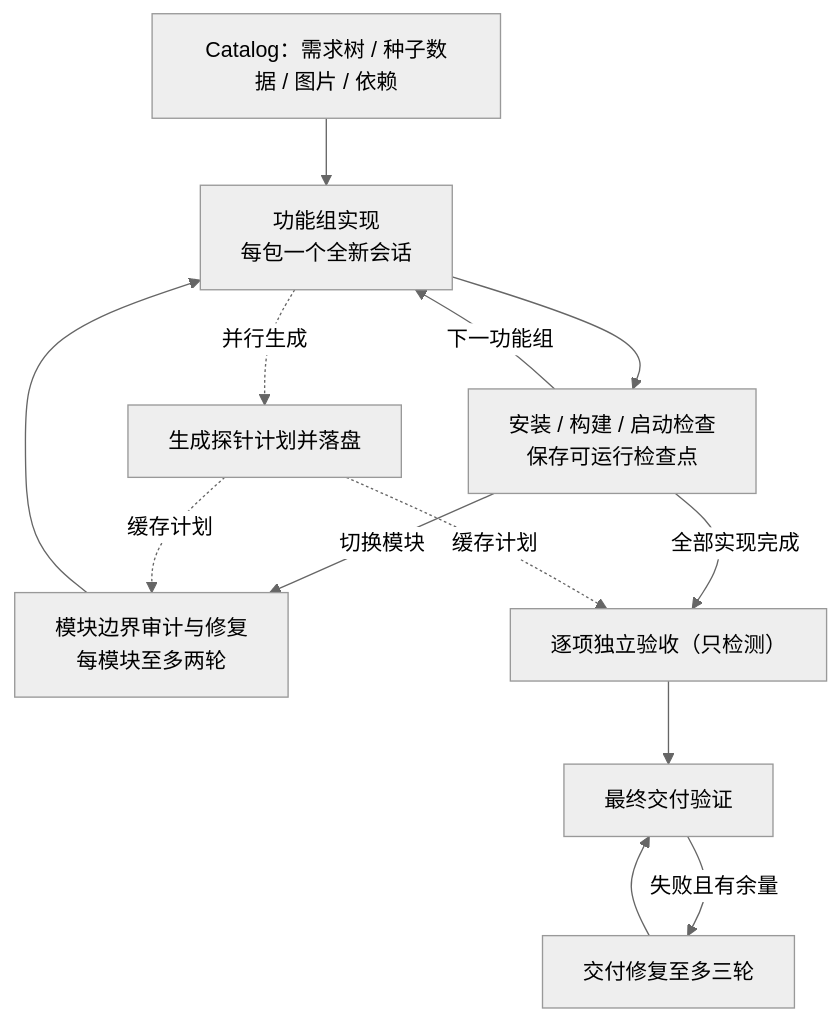
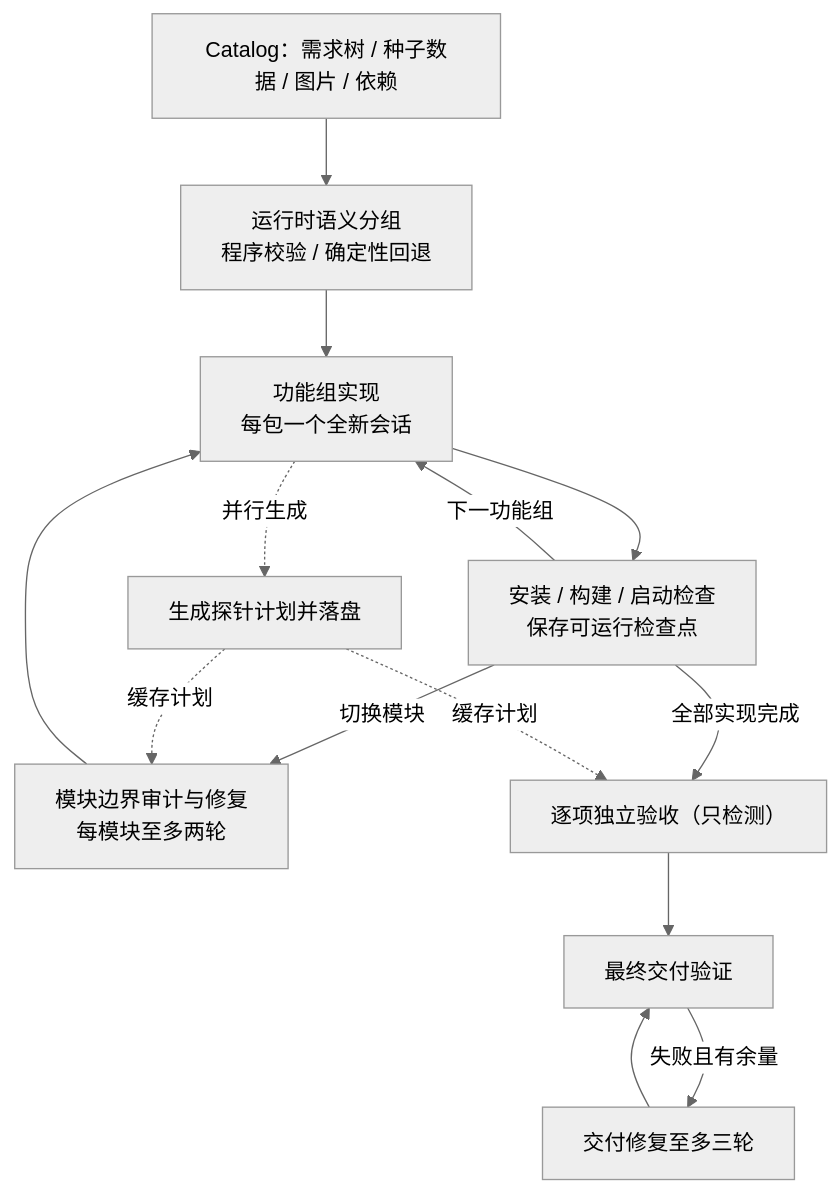
Before and after one commit to TheaDust/Shallow: the diagram in README.md, drawn with Mermaid (neutral theme). The commit also changed other lines of this file and 17 other files, not shown here.

````diff
--- a/README.md
+++ b/README.md
@@ -81,15 +81,16 @@
 ```mermaid
 flowchart TD
-    C[Catalog：需求树 / 种子数据 / 图片 / 依赖] --> M[功能组实现<br/>每包一个全新会话]
+    C[Catalog：需求树 / 种子数据 / 图片 / 依赖] --> G[运行时语义分组<br/>程序校验 / 确定性回退]
+    G --> M[功能组实现<br/>每包一个全新会话]
     M -.并行生成.-> P[生成探针计划并落盘]
     M --> K[安装 / 构建 / 启动检查<br/>保存可运行检查点]
     K -->|下一功能组| M
     K -->|切换模块| BA[模块边界审计与修复<br/>每模块至多两轮]
     BA --> M
     K -->|全部实现完成| J[逐项独立验收（只检测）]
     P -.缓存计划.-> BA
     P -.缓存计划.-> J
     J --> F[最终交付验证]
     F -->|失败且有余量| DR[交付修复至多三轮]
     DR --> F
 ```
````
